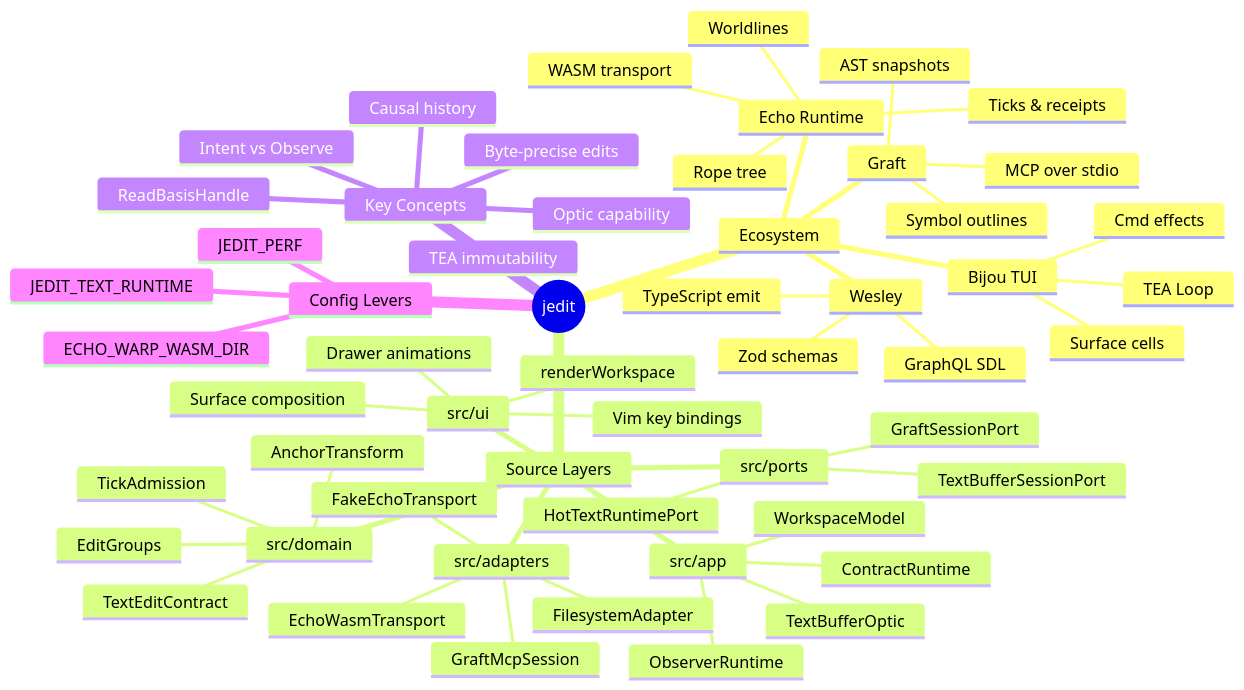
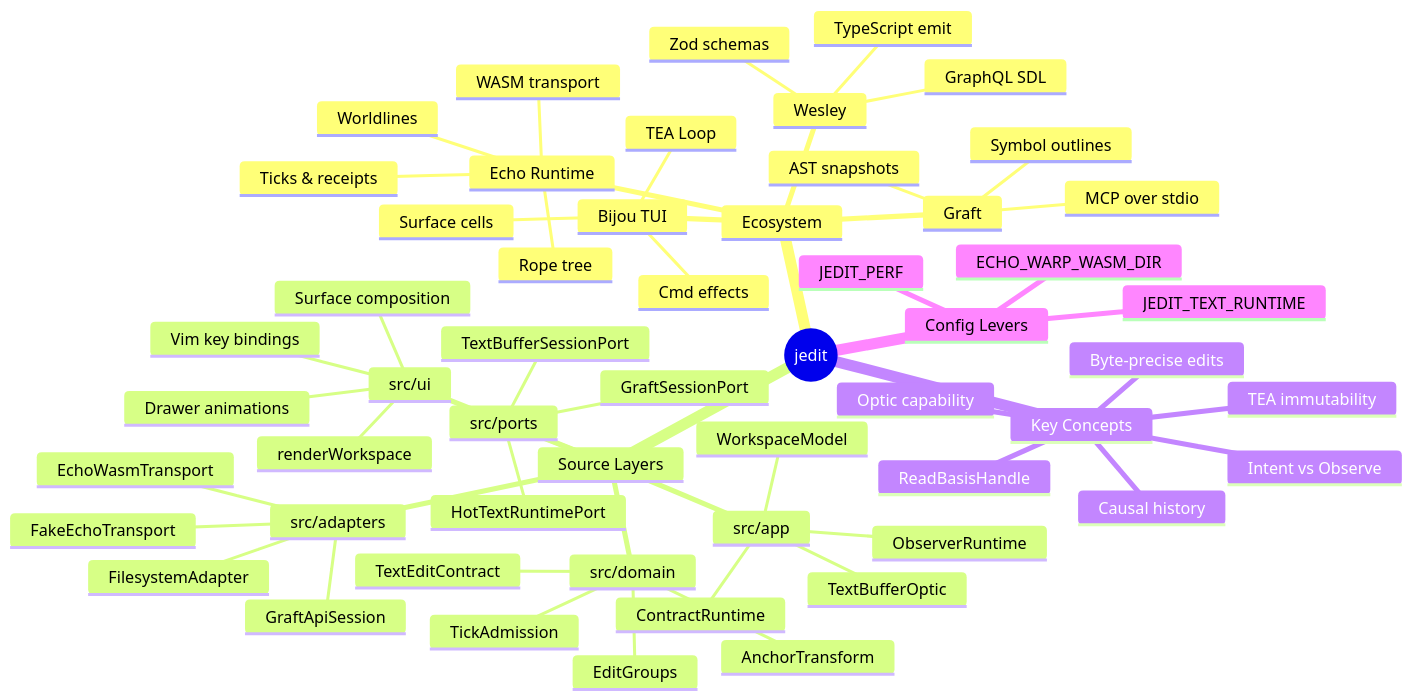
One commit to flyingrobots/jedit changed the first of 21 diagrams in docs/technical-teardown.md. Above: the diagram before and after it, drawn with Mermaid. The commit also changed other lines of this file and 8 other files, not shown here.

Commit message:
fix: use direct Graft API for jedit drawer

````diff
--- a/docs/technical-teardown.md
+++ b/docs/technical-teardown.md
@@ -43,58 +43,58 @@
 ```mermaid
 mindmap
   root((jedit))
     Ecosystem
       Bijou TUI
         TEA Loop
         Surface cells
         Cmd effects
       Echo Runtime
         Worldlines
         Rope tree
         Ticks & receipts
         WASM transport
       Graft
         MCP over stdio
         AST snapshots
         Symbol outlines
       Wesley
         GraphQL SDL
         TypeScript emit
         Zod schemas
     Source Layers
       src/domain
         TextEditContract
         TickAdmission
         EditGroups
         AnchorTransform
       src/app
         WorkspaceModel
         TextBufferOptic
         ObserverRuntime
         ContractRuntime
       src/ports
         HotTextRuntimePort
         TextBufferSessionPort
         GraftSessionPort
       src/adapters
         FakeEchoTransport
         EchoWasmTransport
         FilesystemAdapter
-        GraftMcpSession
+        GraftApiSession
       src/ui
         renderWorkspace
         Vim key bindings
         Surface composition
         Drawer animations
     Key Concepts
       TEA immutability
       Byte-precise edits
       Optic capability
       ReadBasisHandle
       Intent vs Observe
       Causal history
     Config Levers
       JEDIT_TEXT_RUNTIME
       JEDIT_PERF
       ECHO_WARP_WASM_DIR
 ```
````
